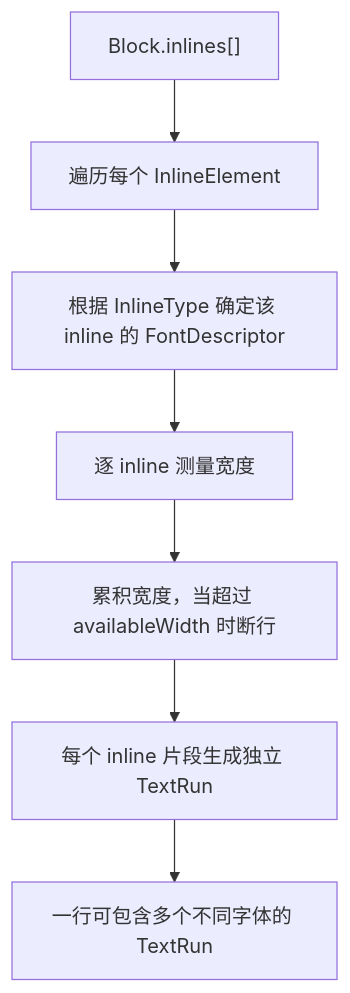
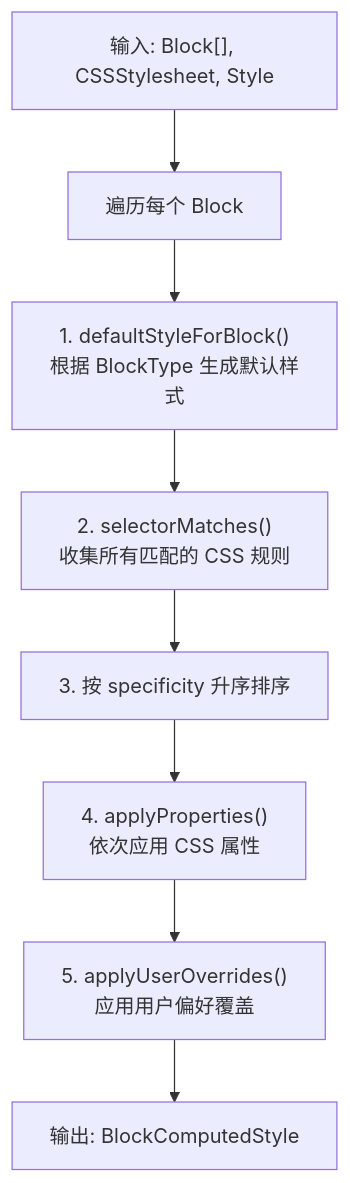
One commit to readmigo/typesetting changed the ninth of 13 diagrams in DESIGN.md. Above: the diagram before and after it, drawn with Mermaid. The commit also changed other lines of this file, not shown here.

````diff
--- a/DESIGN.md
+++ b/DESIGN.md
@@ -345,9 +615,11 @@
 ```mermaid
 flowchart TD
-    A["Block.inlines[]"] --> B["遍历每个 InlineElement"]
-    B --> C["根据 InlineType 确定该 inline 的 FontDescriptor"]
-    C --> D["逐 inline 测量宽度"]
-    D --> E["累积宽度，当超过 availableWidth 时断行"]
-    E --> F["每个 inline 片段生成独立 TextRun"]
-    F --> G["一行可包含多个不同字体的 TextRun"]
+    A["输入: Block[], CSSStylesheet, Style"] --> B["遍历每个 Block"]
+
+    B --> C["1. defaultStyleForBlock()<br/>根据 BlockType 生成默认样式"]
+    C --> D["2. selectorMatches()<br/>收集所有匹配的 CSS 规则"]
+    D --> E["3. 按 specificity 升序排序"]
+    E --> F["4. applyProperties()<br/>依次应用 CSS 属性"]
+    F --> G["5. applyUserOverrides()<br/>应用用户偏好覆盖"]
+    G --> H["输出: BlockComputedStyle"]
 ```
````
